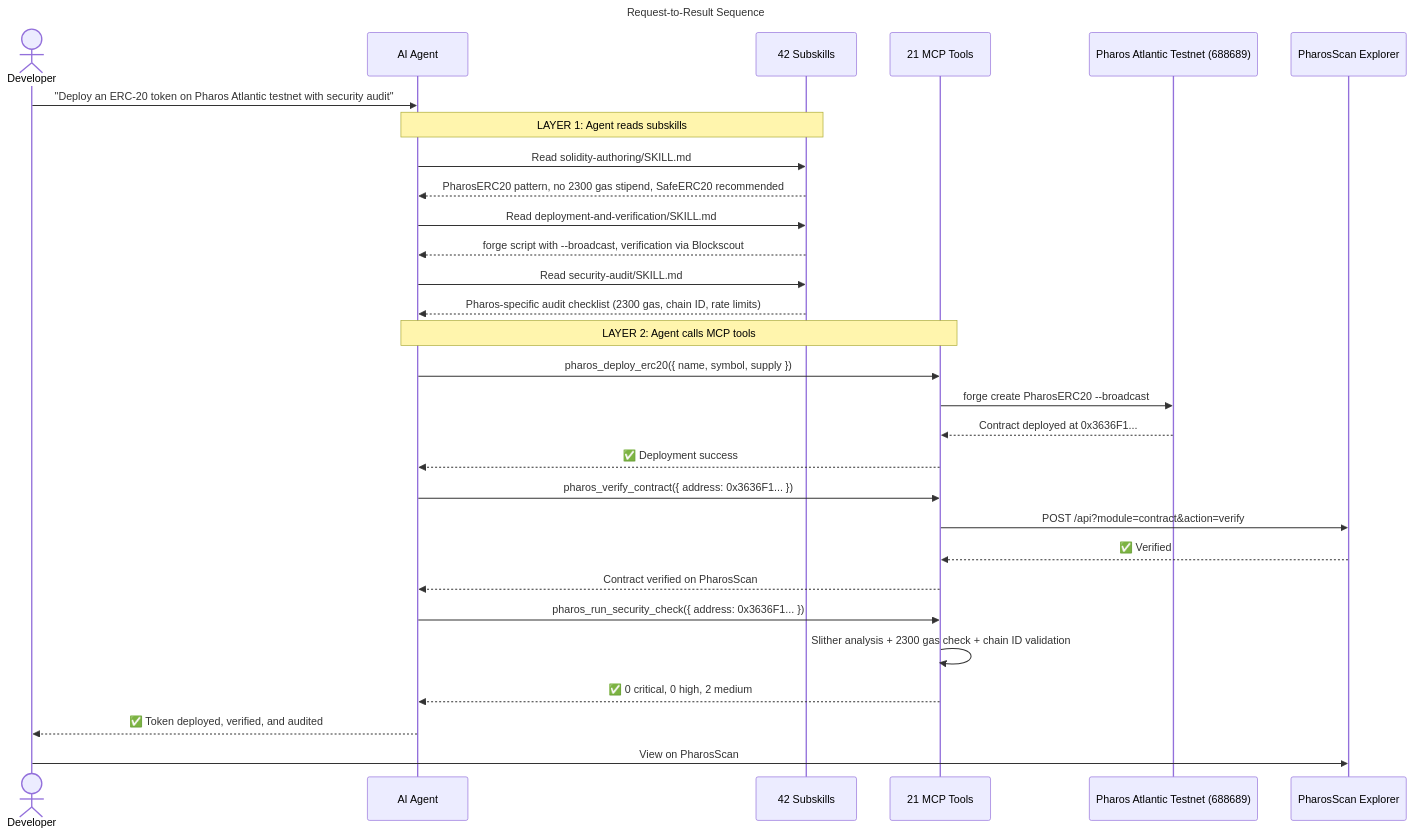
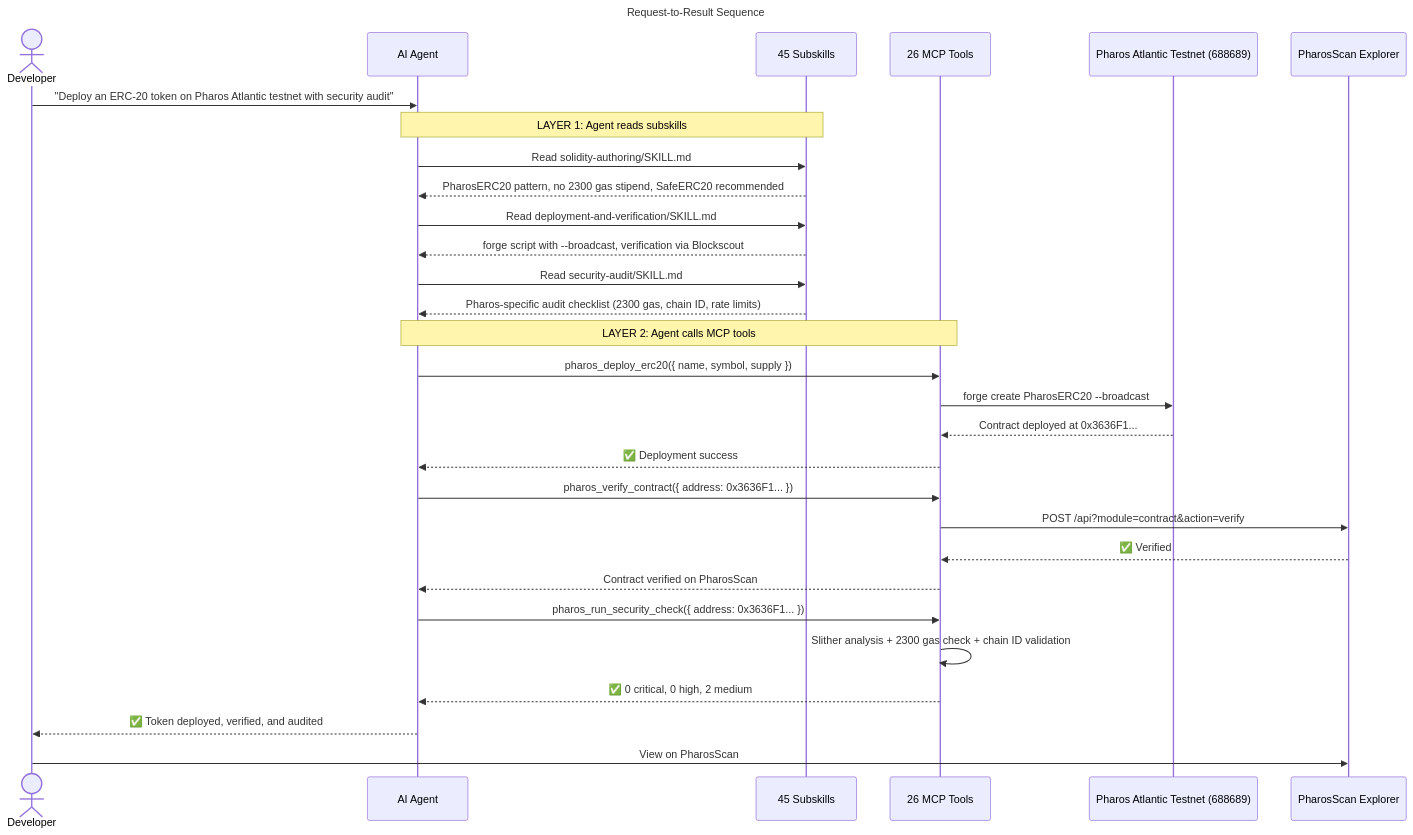
Before and after one commit to tejas0111/Pharos: the second of 5 diagrams in CASCADE.md, drawn with Mermaid. The commit also changed other lines of this file and 6 other files, not shown here.

````diff
--- a/CASCADE.md
+++ b/CASCADE.md
@@ -70,40 +70,40 @@
 ```mermaid
 ---
 title: Request-to-Result Sequence
 ---
 sequenceDiagram
     actor U as Developer
     participant A as AI Agent
-    participant S as 42 Subskills
-    participant T as 21 MCP Tools
+    participant S as 45 Subskills
+    participant T as 26 MCP Tools
     participant B as Pharos Atlantic Testnet (688689)
     participant E as PharosScan Explorer
 
     U->>A: "Deploy an ERC-20 token on Pharos Atlantic testnet with security audit"
 
     Note over A,S: LAYER 1: Agent reads subskills
     A->>S: Read solidity-authoring/SKILL.md
     S-->>A: PharosERC20 pattern, no 2300 gas stipend, SafeERC20 recommended
     A->>S: Read deployment-and-verification/SKILL.md
     S-->>A: forge script with --broadcast, verification via Blockscout
     A->>S: Read security-audit/SKILL.md
     S-->>A: Pharos-specific audit checklist (2300 gas, chain ID, rate limits)
 
     Note over A,T: LAYER 2: Agent calls MCP tools
     A->>T: pharos_deploy_erc20({ name, symbol, supply })
     T->>B: forge create PharosERC20 --broadcast
     B-->>T: Contract deployed at 0x3636F1...
     T-->>A: ✅ Deployment success
 
     A->>T: pharos_verify_contract({ address: 0x3636F1... })
     T->>E: POST /api?module=contract&action=verify
     E-->>T: ✅ Verified
     T-->>A: Contract verified on PharosScan
 
     A->>T: pharos_run_security_check({ address: 0x3636F1... })
     T->>T: Slither analysis + 2300 gas check + chain ID validation
     T-->>A: ✅ 0 critical, 0 high, 2 medium
 
     A-->>U: ✅ Token deployed, verified, and audited
     U->>E: View on PharosScan
 ```
````
